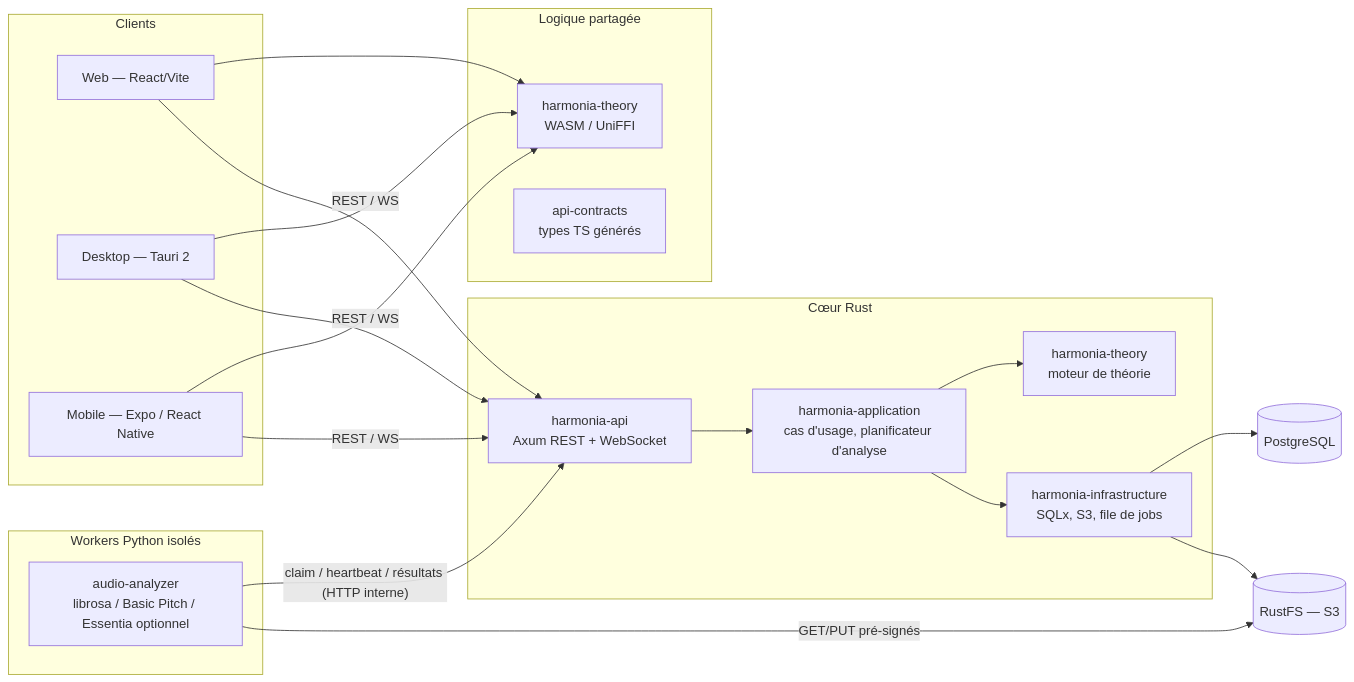
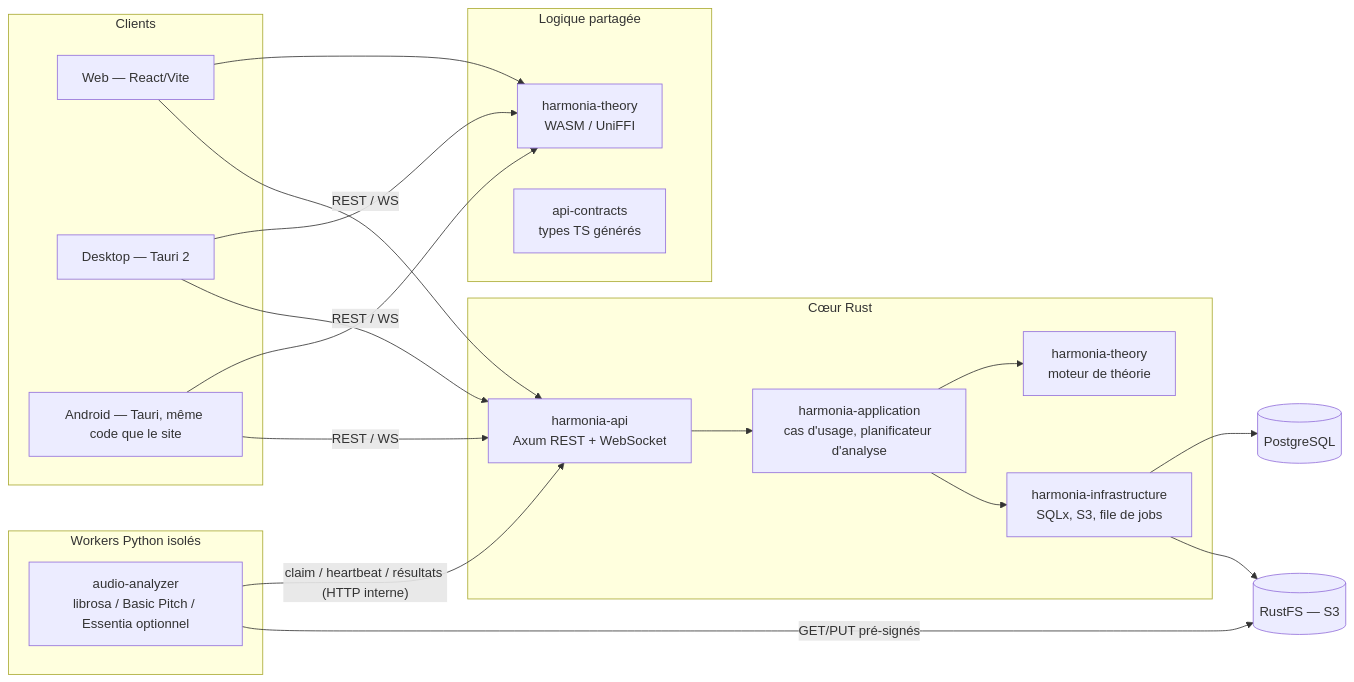
The first of 3 diagrams in docs/ARCHITECTURE.md (Andri4nina/Harmonie), drawn with Mermaid before and after one commit. The commit also changed other lines of this file and 53 other files, not shown here.

````diff
--- a/docs/ARCHITECTURE.md
+++ b/docs/ARCHITECTURE.md
@@ -32,36 +32,36 @@
 ```mermaid
 flowchart LR
   subgraph Clients
     WEB[Web — React/Vite]
     DESK[Desktop — Tauri 2]
-    MOB[Mobile — Expo / React Native]
+    MOB[Android — Tauri, même code que le site]
   end
 
   subgraph Shared["Logique partagée"]
     WASM[harmonia-theory<br/>WASM / UniFFI]
     CONTRACTS[api-contracts<br/>types TS générés]
   end
 
   subgraph Core["Cœur Rust"]
     API[harmonia-api<br/>Axum REST + WebSocket]
     APP[harmonia-application<br/>cas d'usage, planificateur d'analyse]
     THEORY[harmonia-theory<br/>moteur de théorie]
     INFRA[harmonia-infrastructure<br/>SQLx, S3, file de jobs]
   end
 
   subgraph Workers["Workers Python isolés"]
     W1[audio-analyzer<br/>librosa / Basic Pitch / Essentia optionnel]
   end
 
   PG[(PostgreSQL)]
   S3[(RustFS — S3)]
 
   WEB & DESK & MOB --> WASM
   WEB & DESK & MOB -- REST / WS --> API
   API --> APP --> THEORY
   APP --> INFRA
   INFRA --> PG
   INFRA --> S3
   W1 -- "claim / heartbeat / résultats (HTTP interne)" --> API
   W1 -- "GET/PUT pré-signés" --> S3
 ```
````
